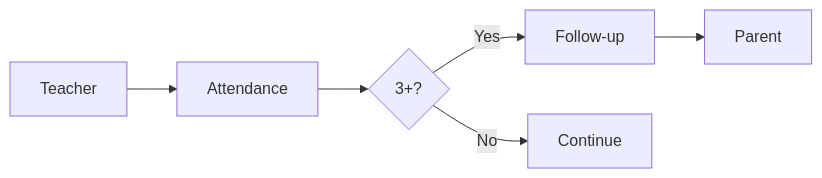
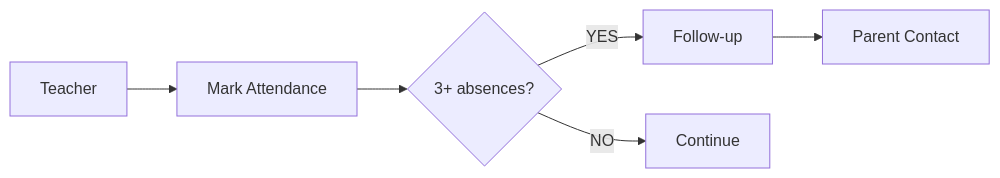
Before and after one commit to mahik2007/hackathon: the fifth of 17 diagrams in README.md, drawn with Mermaid. The commit also changed other lines of this file, not shown here.

First line of the commit message:
Revise README structure and enhance diagrams

````diff
--- a/README.md
+++ b/README.md
@@ -69,7 +86,8 @@
 ```mermaid
 flowchart LR
-T[Teacher] --> A[Attendance] --> D{3+?}
-D -->|Yes| F[Follow-up]
-D -->|No| C[Continue]
-F --> P[Parent]
+    T[Teacher] --> A[Mark Attendance]
+    A --> D{3+ absences?}
+    D -->|YES| F[Follow-up]
+    D -->|NO| C[Continue]
+    F --> P[Parent Contact]
 ```
````
